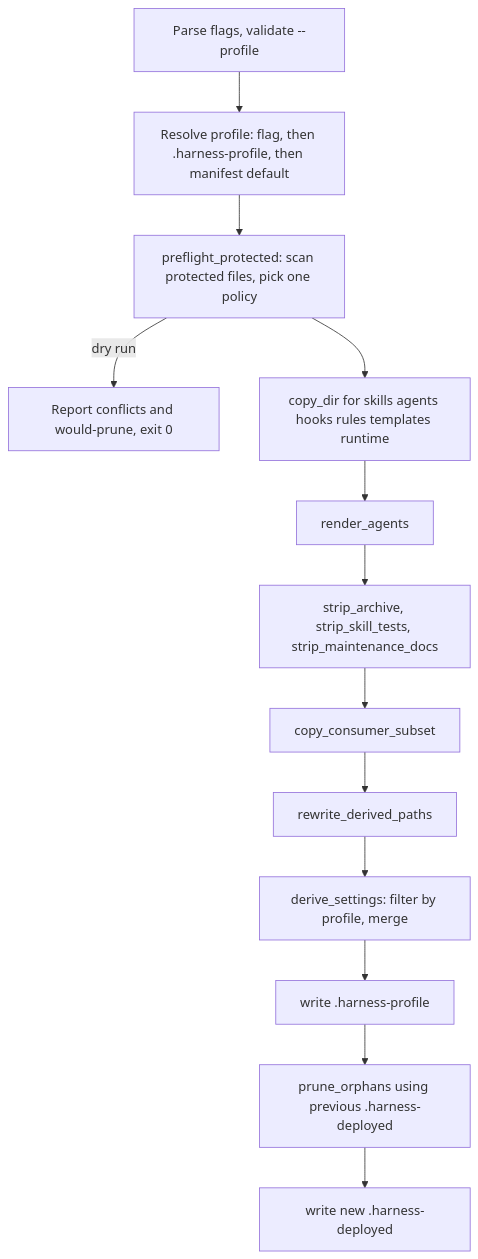
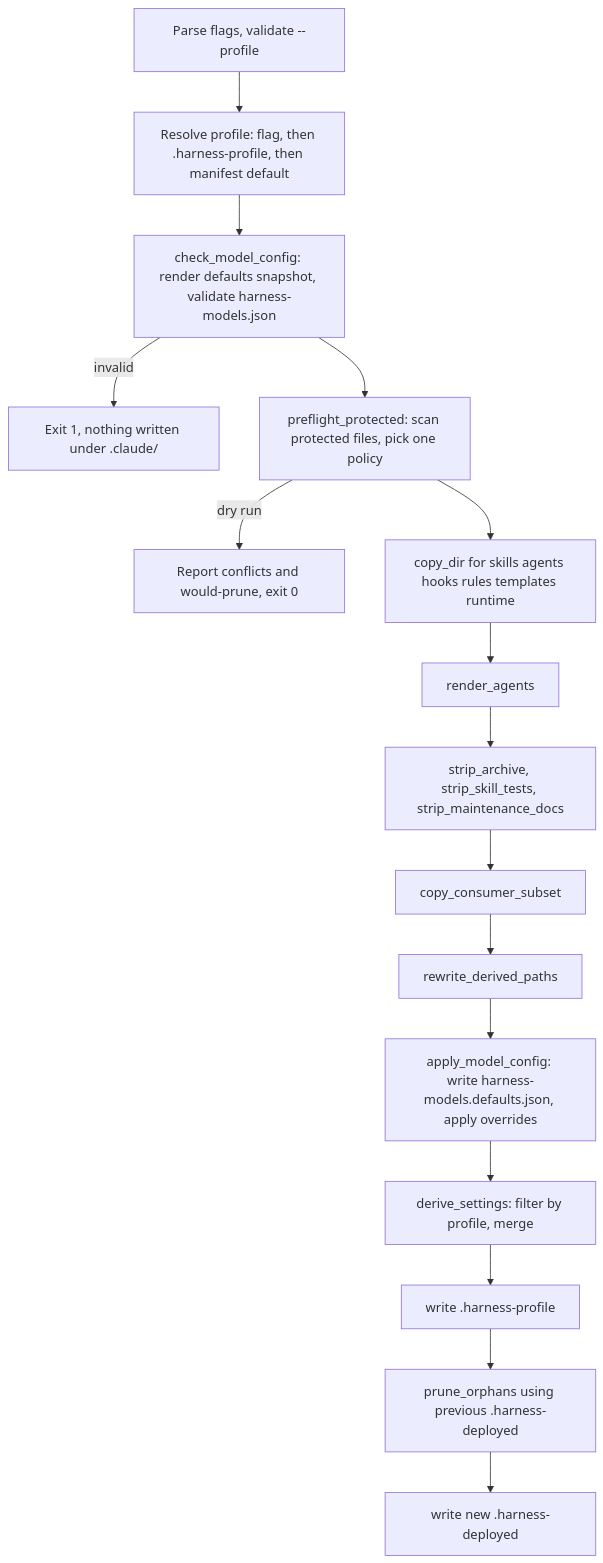
One commit to minhtran3124/agent-harness changed the diagram in openwiki/operations/install-deploy-and-resync.md. Above: the diagram before and after it, drawn with Mermaid. The commit also changed other lines of this file and 52 other files, not shown here.

````diff
--- a/openwiki/operations/install-deploy-and-resync.md
+++ b/openwiki/operations/install-deploy-and-resync.md
@@ -75,15 +79,18 @@
 ```mermaid
 flowchart TD
   A["Parse flags, validate --profile"] --> B["Resolve profile: flag, then .harness-profile, then manifest default"]
-  B --> C["preflight_protected: scan protected files, pick one policy"]
+  B --> M["check_model_config: render defaults snapshot, validate harness-models.json"]
+  M -->|invalid| X["Exit 1, nothing written under .claude/"]
+  M --> C["preflight_protected: scan protected files, pick one policy"]
   C -->|dry run| Z["Report conflicts and would-prune, exit 0"]
   C --> D["copy_dir for skills agents hooks rules templates runtime"]
   D --> E["render_agents"]
   E --> F["strip_archive, strip_skill_tests, strip_maintenance_docs"]
   F --> G["copy_consumer_subset"]
   G --> H["rewrite_derived_paths"]
-  H --> I["derive_settings: filter by profile, merge"]
+  H --> N["apply_model_config: write harness-models.defaults.json, apply overrides"]
+  N --> I["derive_settings: filter by profile, merge"]
   I --> J["write .harness-profile"]
   J --> K["prune_orphans using previous .harness-deployed"]
   K --> L["write new .harness-deployed"]
 ```
````
